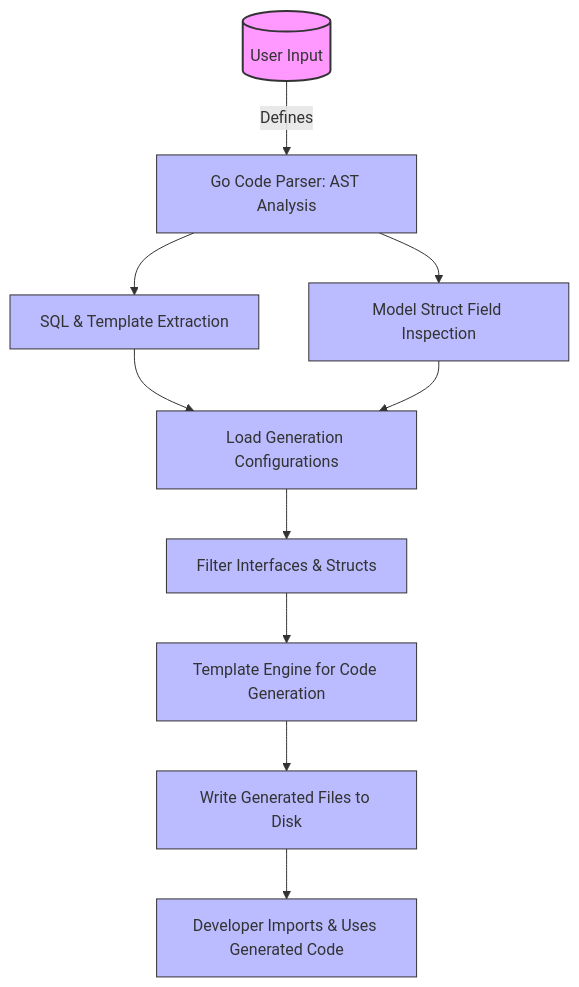
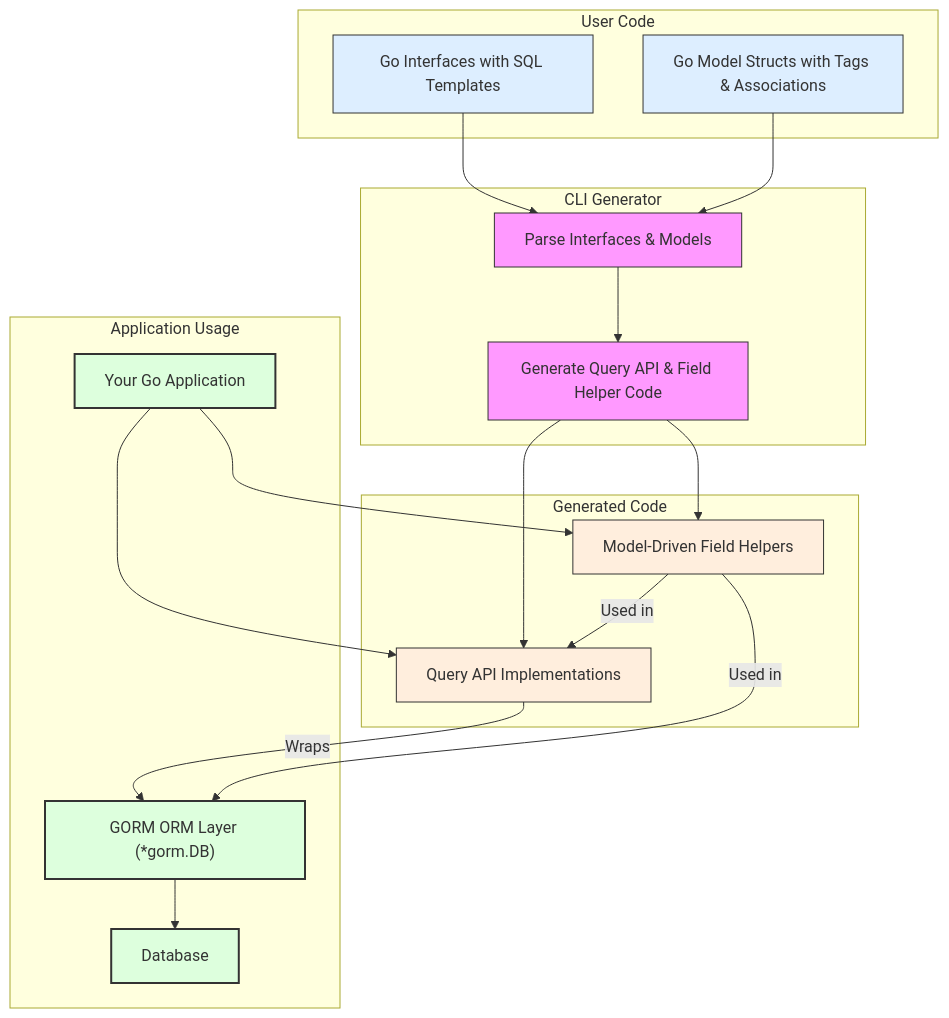
One commit to clidey/docucod-public-project-3a0e48a9-6b86-4d21-a930-072fe9723c66 changed the diagram in concepts/core-architecture/architecture-overview.mdx. Above: the diagram before and after it, drawn with Mermaid. The commit also changed other lines of this file and 30 other files, not shown here.

````diff
--- a/concepts/core-architecture/architecture-overview.mdx
+++ b/concepts/core-architecture/architecture-overview.mdx
@@ -134,27 +68,48 @@
 ```mermaid
 flowchart TD
 
-  UIInput[(User Input)] -->|Defines| Parser["Go Code Parser: AST Analysis"]
-  Parser --> ExtractSQL["SQL & Template Extraction"]
-  Parser --> ExtractStructs["Model Struct Field Inspection"]
+  subgraph User Code
+    Interfaces["Go Interfaces with SQL Templates"]
+    Models["Go Model Structs with Tags & Associations"]
+  end
 
-  ExtractSQL & ExtractStructs --> Config["Load Generation Configurations"]
-  Config --> Filter["Filter Interfaces & Structs"]
+  subgraph CLI Generator
+    Parser["Parse Interfaces & Models"]
+    GenCode["Generate Query API & Field Helper Code"]
+  end
 
-  Filter --> Generator["Template Engine for Code Generation"]
-  Generator --> Output["Write Generated Files to Disk"]
+  subgraph Generated Code
+    QueryAPI["Query API Implementations"]
+    FieldHelpers["Model-Driven Field Helpers"]
+  end
 
-  Output --> Dev["Developer Imports & Uses Generated Code"]
+  subgraph Application Usage
+    App["Your Go Application"]
+    GORM["GORM ORM Layer (*gorm.DB)"]
+    DB["Database"]
+  end
 
-  classDef userinput fill:#f9f,stroke:#333,stroke-width:2px;
-  class UIInput userinput;
+  Interfaces --> Parser
+  Models --> Parser
+  Parser --> GenCode
+  GenCode --> QueryAPI
+  GenCode --> FieldHelpers
+  App --> QueryAPI
+  App --> FieldHelpers
+  QueryAPI -->|Wraps| GORM
+  FieldHelpers -->|Used in| QueryAPI
+  FieldHelpers -->|Used in| GORM
+  GORM --> DB
 
-  classDef process fill:#bbf,stroke:#333,stroke-width:1px;
-  class Parser,ExtractSQL,ExtractStructs,Config,Filter,Generator process;
+  
+  classDef userCode fill:#def,stroke:#333,stroke-width:1px;
+  classDef cliGen fill:#f9f,stroke:#333,stroke-width:1px;
+  classDef genCode fill:#fed,stroke:#333,stroke-width:1px;
+  classDef appUsage fill:#dfd,stroke:#333,stroke-width:2px;
 
-  classDef output fill:#bfb,stroke:#333,stroke-width:1px;
-  class Output process;
+  class Interfaces,Models userCode;
+  class Parser,GenCode cliGen;
+  class QueryAPI,FieldHelpers genCode;
+  class App,GORM,DB appUsage;
 
-  classDef dev fill:#fbf,stroke:#333,stroke-width:1px;
-  class Dev process;
 ```
````
